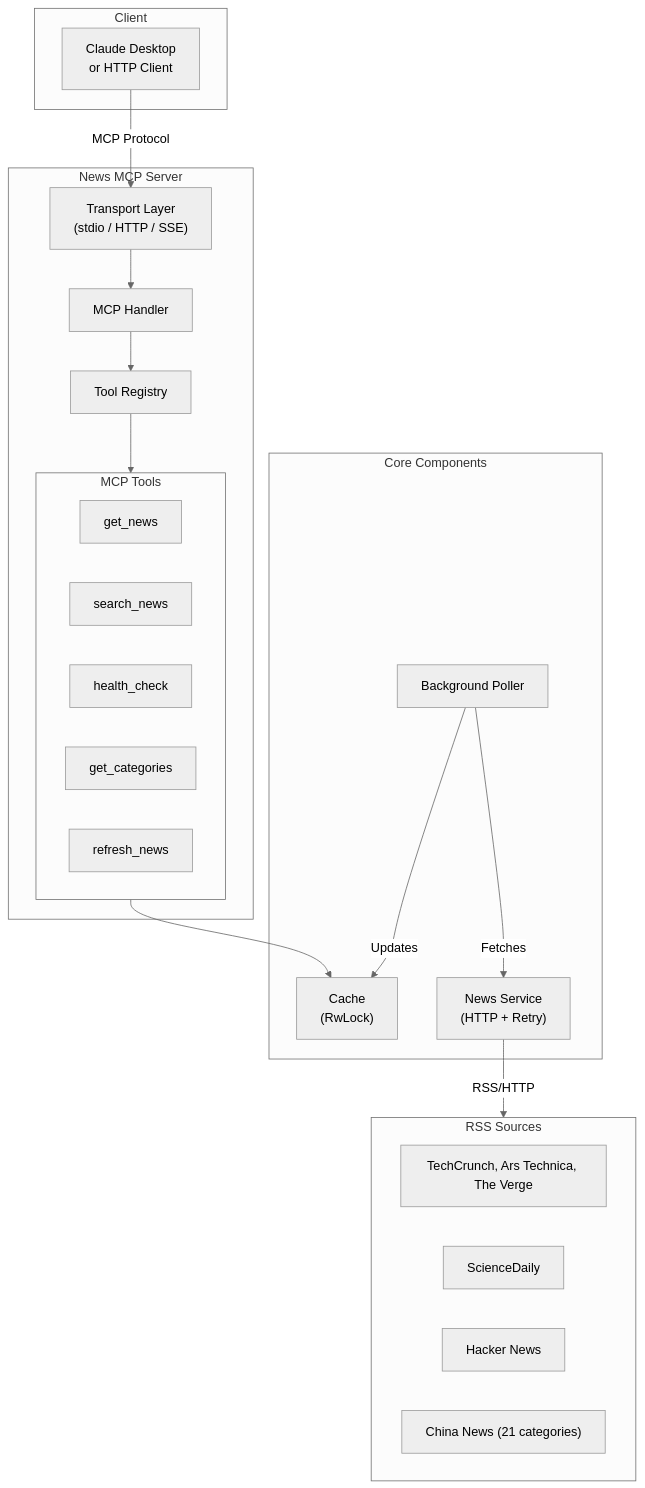
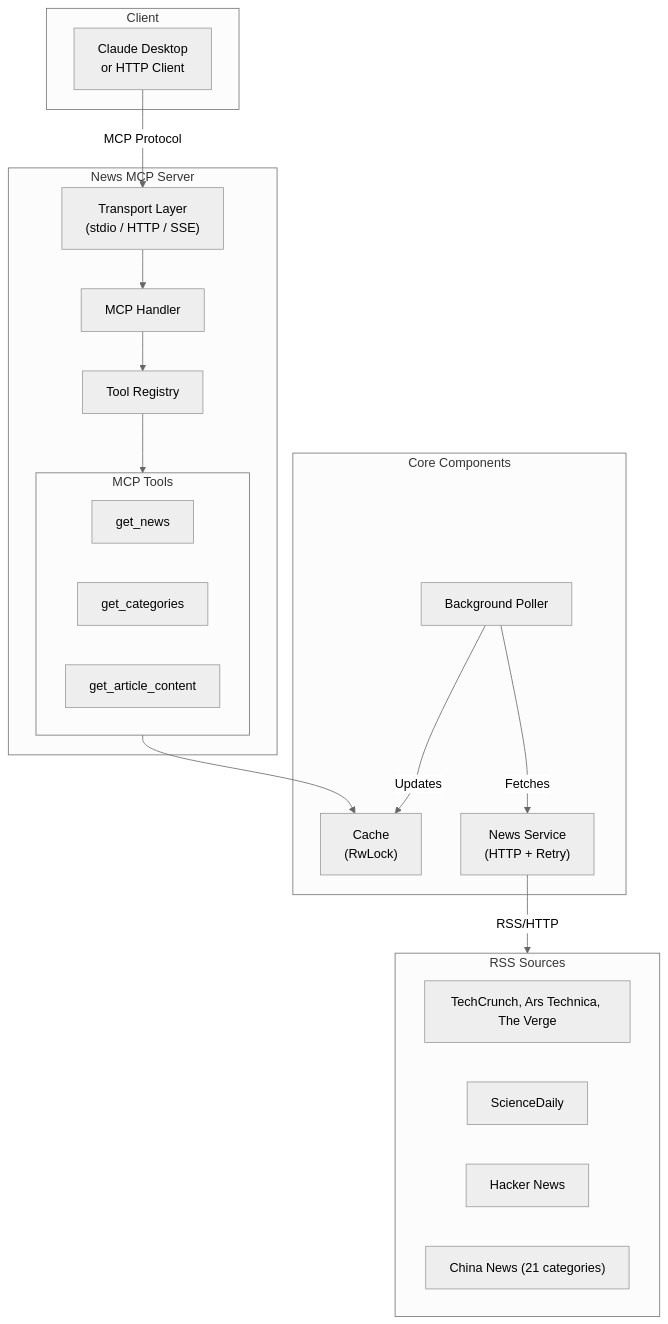
The diagram in README.md (KingingWang/news-mcp), drawn with Mermaid (neutral theme) before and after one commit. The commit also changed other lines of this file and 4 other files, not shown here.

Commit message:
feat: add get_article_content tool, simplify tool set to v0.1.3

````diff
--- a/README.md
+++ b/README.md
@@ -123,43 +126,41 @@
 ```mermaid
 flowchart TB
     subgraph Client["Client"]
         CD["Claude Desktop<br/>or HTTP Client"]
     end
 
     subgraph Server["News MCP Server"]
         Transport["Transport Layer<br/>(stdio / HTTP / SSE)"]
         Handler["MCP Handler"]
         ToolRegistry["Tool Registry"]
 
         subgraph Tools["MCP Tools"]
             GN["get_news"]
-            SN["search_news"]
-            HC["health_check"]
             GC["get_categories"]
-            RN["refresh_news"]
+            GAC["get_article_content"]
         end
     end
 
     subgraph Core["Core Components"]
         Cache["Cache<br/>(RwLock<HashMap>)"]
         Poller["Background Poller"]
         Service["News Service<br/>(HTTP + Retry)"]
     end
 
     subgraph Feeds["RSS Sources"]
         Tech["TechCrunch, Ars Technica, The Verge"]
         Sci["ScienceDaily"]
         HN["Hacker News"]
         CN["China News (21 categories)"]
     end
 
     CD -->|"MCP Protocol"| Transport
     Transport --> Handler
     Handler --> ToolRegistry
     ToolRegistry --> Tools
 
     Tools --> Cache
     Poller -->|"Updates"| Cache
     Poller -->|"Fetches"| Service
     Service -->|"RSS/HTTP"| Feeds
 ```
````
